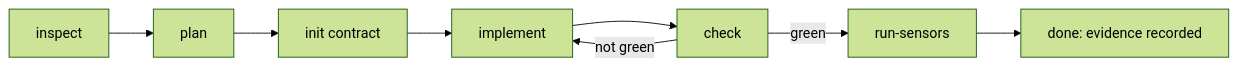
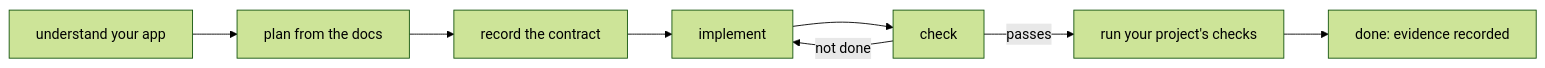
The diagram in ai-mcp/vise/how-it-works.mdx (AmityCo/social-plus-docs), drawn with Mermaid (forest theme) before and after one commit. The commit also changed other lines of this file and 10 other files, not shown here.

````diff
--- a/ai-mcp/vise/how-it-works.mdx
+++ b/ai-mcp/vise/how-it-works.mdx
@@ -12,10 +12,10 @@
 ```mermaid
 flowchart LR
-  A[inspect] --> B[plan]
-  B --> C[init contract]
+  A[understand your app] --> B[plan from the docs]
+  B --> C[record the contract]
   C --> D[implement]
   D --> E[check]
-  E -->|not green| D
-  E -->|green| F[run-sensors]
+  E -->|not done| D
+  E -->|passes| F[run your project's checks]
   F --> G[done: evidence recorded]
 ```
````
